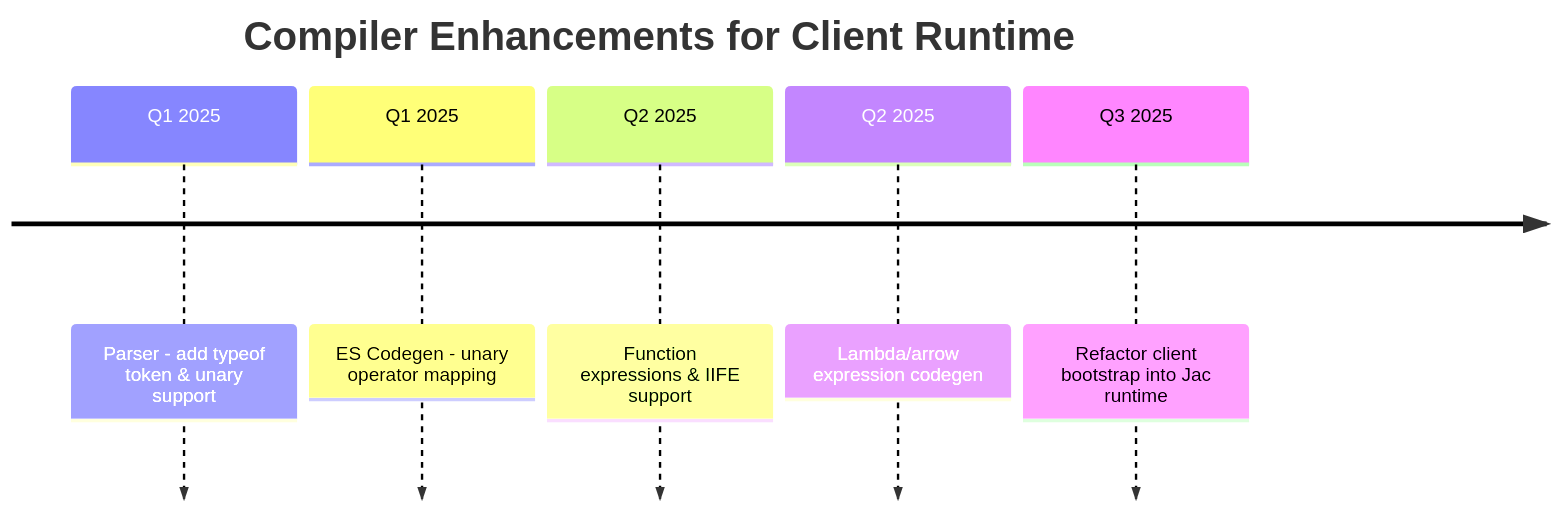
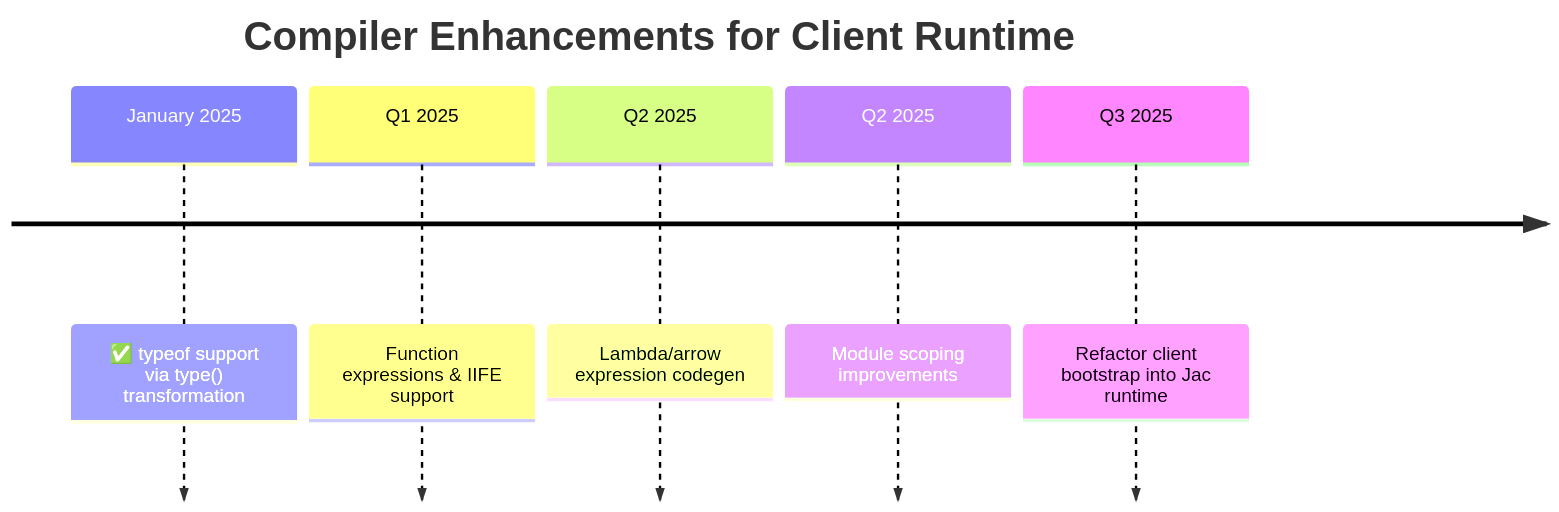
Before and after one commit to specialized806/jaseci: the second of 2 diagrams in docs/docs/internals/client_bundle_language_features.md, drawn with Mermaid. The commit also changed other lines of this file and 11 other files, not shown here.

````diff
--- a/docs/docs/internals/client_bundle_language_features.md
+++ b/docs/docs/internals/client_bundle_language_features.md
@@ -266,9 +246,9 @@
 ```mermaid
 timeline
     title Compiler Enhancements for Client Runtime
-    Q1 2025 : Parser - add typeof token & unary support
-    Q1 2025 : ES Codegen - unary operator mapping
-    Q2 2025 : Function expressions & IIFE support
+    January 2025 : ✅ typeof support via type() transformation
+    Q1 2025 : Function expressions & IIFE support
     Q2 2025 : Lambda/arrow expression codegen
+    Q2 2025 : Module scoping improvements
     Q3 2025 : Refactor client bootstrap into Jac runtime
 ```
````
